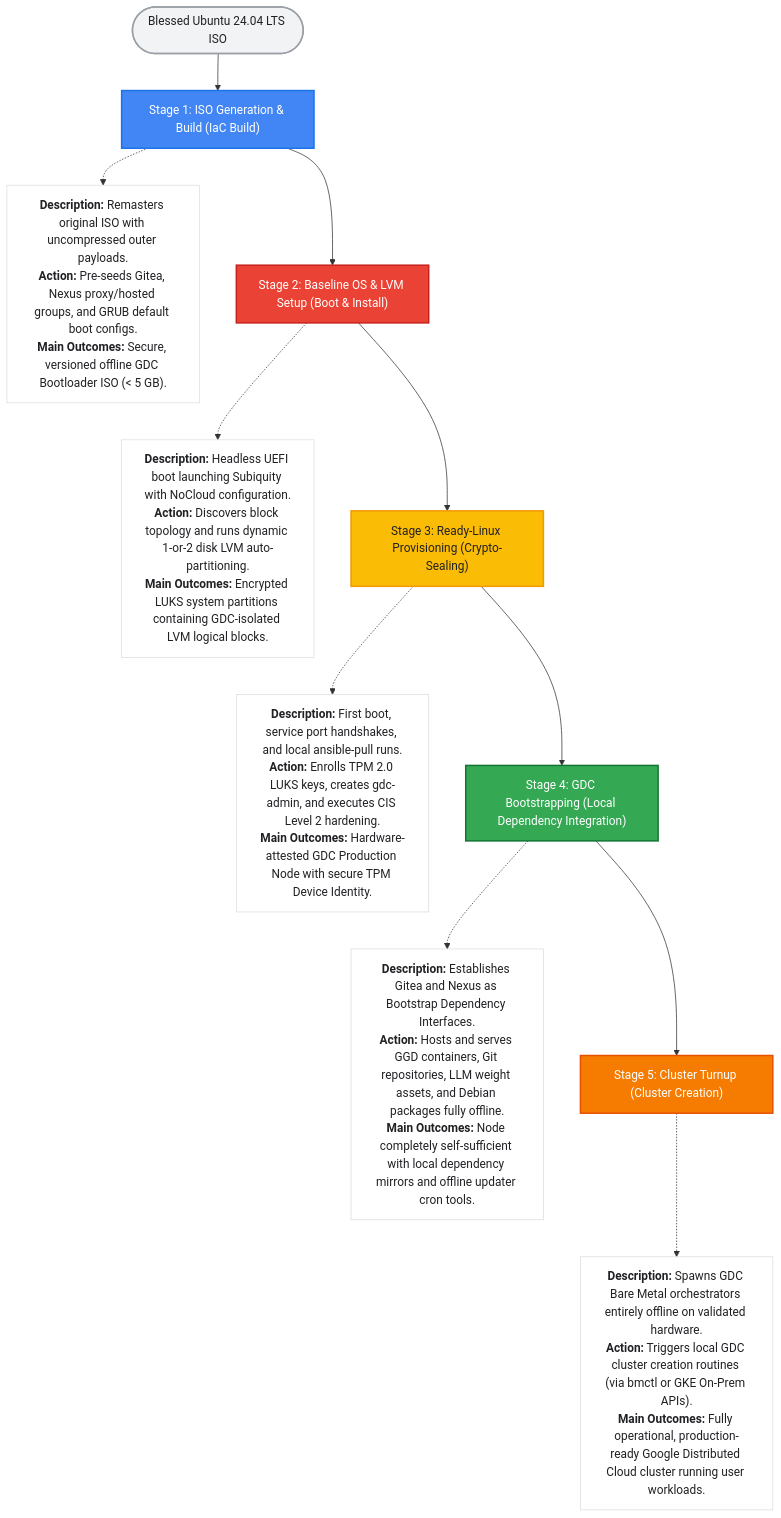
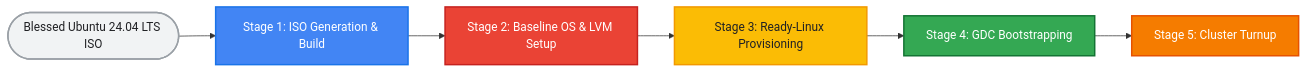
The diagram in README.md (mike-ensor/gdc-disk-provisioner-gh), drawn with Mermaid before and after one commit. The commit also changed other lines of this file, not shown here.

Commit message:
simplify README diagram to linear flowchart and add detailed stage enumerations

````diff
--- a/README.md
+++ b/README.md
@@ -11,52 +11,33 @@
 ```mermaid
-flowchart TD
+flowchart LR
     %% Define Google Brand Styles
     classDef start fill:#F1F3F4,stroke:#9AA0A6,stroke-width:2px,color:#202124;
     classDef blue fill:#4285F4,stroke:#1A73E8,stroke-width:2px,color:#FFFFFF;
     classDef red fill:#EA4335,stroke:#C5221F,stroke-width:2px,color:#FFFFFF;
     classDef yellow fill:#FBBC05,stroke:#F29900,stroke-width:2px,color:#202124;
     classDef green fill:#34A853,stroke:#137333,stroke-width:2px,color:#FFFFFF;
     classDef orange fill:#F57C00,stroke:#E65100,stroke-width:2px,color:#FFFFFF;
-    classDef note fill:#FFFFFF,stroke:#DADCE0,stroke-width:1px,color:#202124;
 
     %% Nodes
     Start(["Blessed Ubuntu 24.04 LTS ISO"])
-    
-    Stage1["Stage 1: ISO Generation & Build (IaC Build)"]
-    Note1["<b>Description:</b> Remasters original ISO with uncompressed outer payloads.<br/><b>Action:</b> Pre-seeds Gitea, Nexus proxy/hosted groups, and GRUB default boot configs.<br/><b>Main Outcomes:</b> Secure, versioned offline GDC Bootloader ISO (&lt; 5 GB)."]
-    
-    Stage2["Stage 2: Baseline OS & LVM Setup (Boot & Install)"]
-    Note2["<b>Description:</b> Headless UEFI boot launching Subiquity with NoCloud configuration.<br/><b>Action:</b> Discovers block topology and runs dynamic 1-or-2 disk LVM auto-partitioning.<br/><b>Main Outcomes:</b> Encrypted LUKS system partitions containing GDC-isolated LVM logical blocks."]
-    
-    Stage3["Stage 3: Ready-Linux Provisioning (Crypto-Sealing)"]
-    Note3["<b>Description:</b> First boot, service port handshakes, and local ansible-pull runs.<br/><b>Action:</b> Enrolls TPM 2.0 LUKS keys, creates gdc-admin, and executes CIS Level 2 hardening.<br/><b>Main Outcomes:</b> Hardware-attested GDC Production Node with secure TPM Device Identity."]
-    
-    Stage4["Stage 4: GDC Bootstrapping (Local Dependency Integration)"]
-    Note4["<b>Description:</b> Establishes Gitea and Nexus as Bootstrap Dependency Interfaces.<br/><b>Action:</b> Hosts and serves GGD containers, Git repositories, LLM weight assets, and Debian packages fully offline.<br/><b>Main Outcomes:</b> Node completely self-sufficient with local dependency mirrors and offline updater cron tools."]
-    
-    Stage5["Stage 5: Cluster Turnup (Cluster Creation)"]
-    Note5["<b>Description:</b> Spawns GDC Bare Metal orchestrators entirely offline on validated hardware.<br/><b>Action:</b> Triggers local GDC cluster creation routines (via bmctl or GKE On-Prem APIs).<br/><b>Main Outcomes:</b> Fully operational, production-ready Google Distributed Cloud cluster running user workloads."]
+    Stage1["Stage 1: ISO Generation & Build"]
+    Stage2["Stage 2: Baseline OS & LVM Setup"]
+    Stage3["Stage 3: Ready-Linux Provisioning"]
+    Stage4["Stage 4: GDC Bootstrapping"]
+    Stage5["Stage 5: Cluster Turnup"]
 
     %% Connections
     Start --> Stage1
     Stage1 --> Stage2
     Stage2 --> Stage3
     Stage3 --> Stage4
     Stage4 --> Stage5
 
-    %% Side-by-side Note alignments
-    Stage1 -.-> Note1
-    Stage2 -.-> Note2
-    Stage3 -.-> Note3
-    Stage4 -.-> Note4
-    Stage5 -.-> Note5
-
     %% Apply Styles
     class Start start;
     class Stage1 blue;
     class Stage2 red;
     class Stage3 yellow;
     class Stage4 green;
     class Stage5 orange;
-    class Note1,Note2,Note3,Note4,Note5 note;
 ```
````
